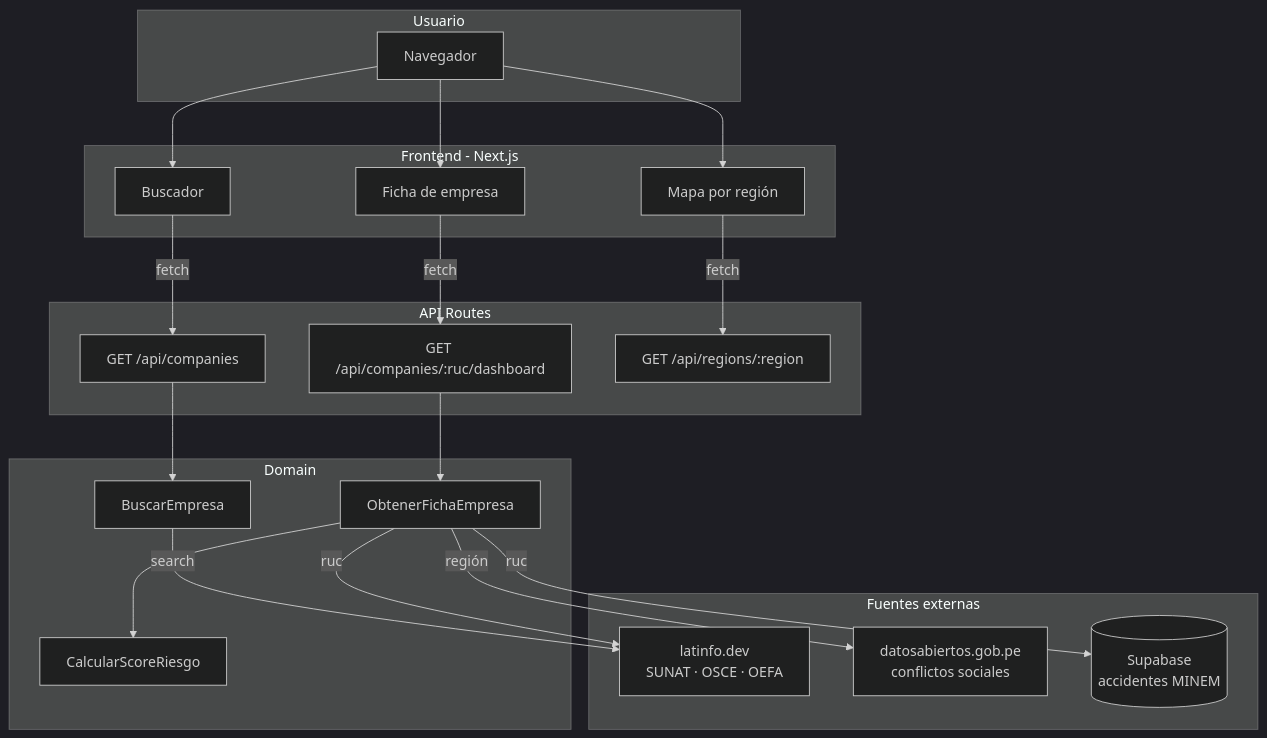
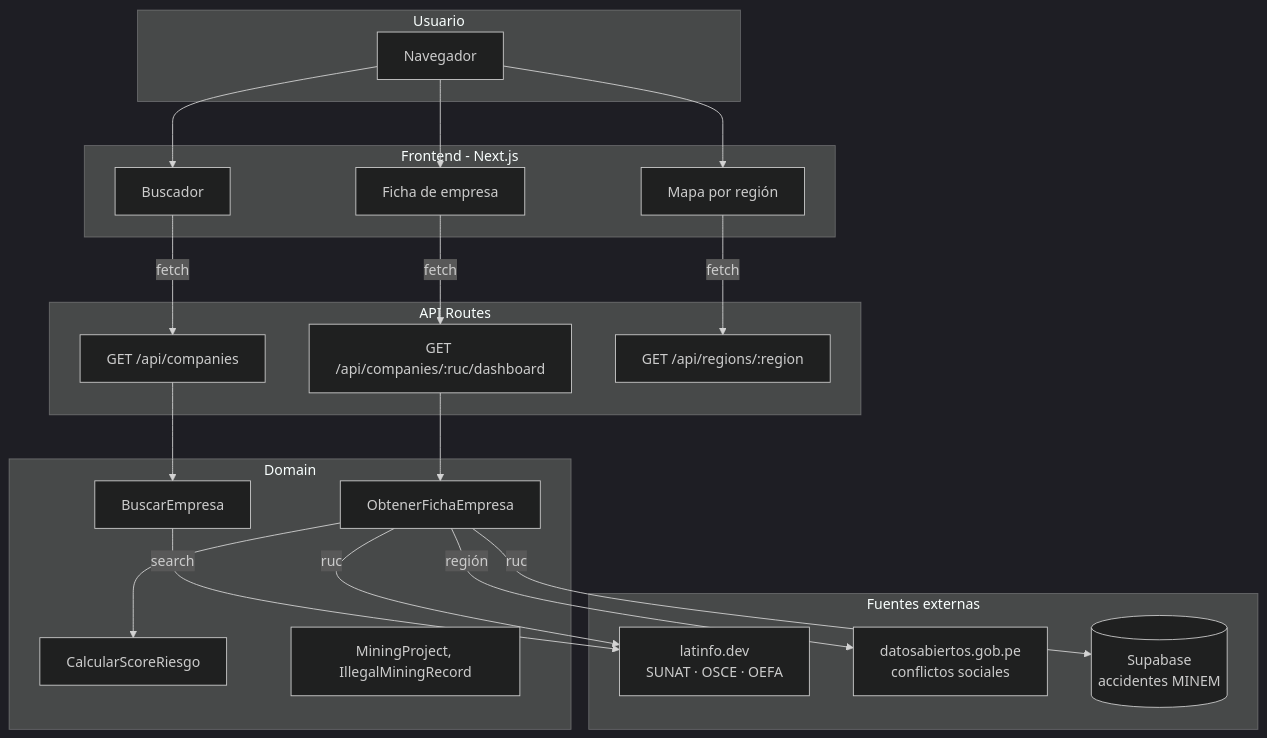
The second of 2 diagrams in docs/requerimientos.md (RandomGuy16/hackathon-tsc-flovemi), drawn with Mermaid (dark theme) before and after one commit. The commit also changed other lines of this file and 10 other files, not shown here.

````diff
--- a/docs/requerimientos.md
+++ b/docs/requerimientos.md
@@ -63,42 +63,43 @@
 ```mermaid
 flowchart TD
     subgraph Usuario
         U[Navegador]
     end
 
     subgraph Frontend - Next.js
         P1[Buscador]
         P2[Ficha de empresa]
         P3[Mapa por región]
     end
 
     subgraph API Routes
         A1[GET /api/companies]
         A2[GET /api/companies/:ruc/dashboard]
         A3[GET /api/regions/:region]
     end
 
-    subgraph Domain
+     subgraph Domain
         UC1[BuscarEmpresa]
         UC2[ObtenerFichaEmpresa]
         SC[CalcularScoreRiesgo]
+        EN[MiningProject, IllegalMiningRecord]
     end
 
     subgraph Fuentes externas
         LAT[latinfo.dev\nSUNAT · OSCE · OEFA]
         PNDA[datosabiertos.gob.pe\nconflictos sociales]
         SUP[(Supabase\naccidentes MINEM)]
     end
 
     U --> P1 & P2 & P3
     P1 -->|fetch| A1
     P2 -->|fetch| A2
     P3 -->|fetch| A3
     A1 --> UC1
     A2 --> UC2
     UC2 --> SC
     UC1 -->|search| LAT
     UC2 -->|ruc| LAT
     UC2 -->|región| PNDA
     UC2 -->|ruc| SUP
 ```
````
